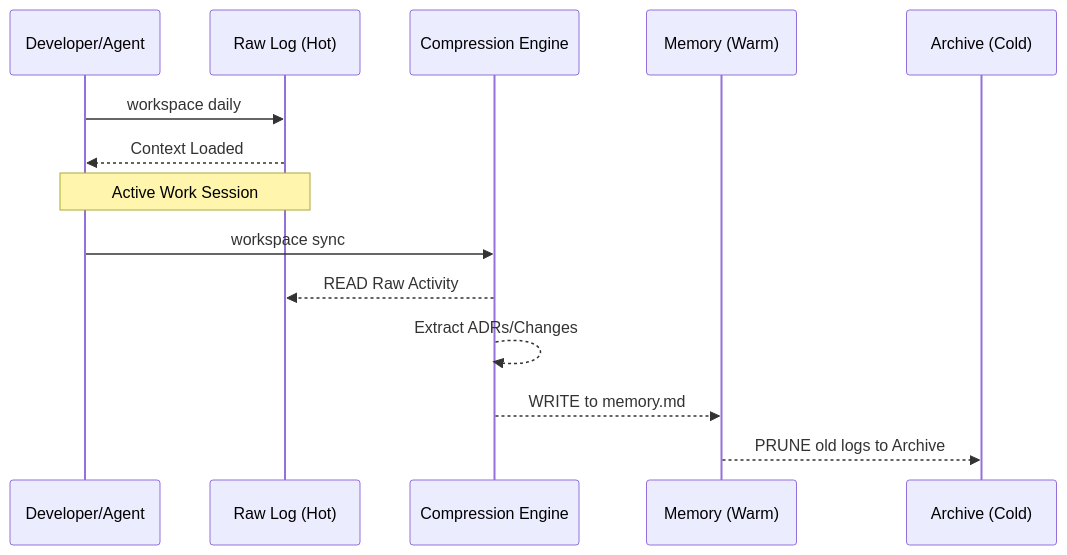
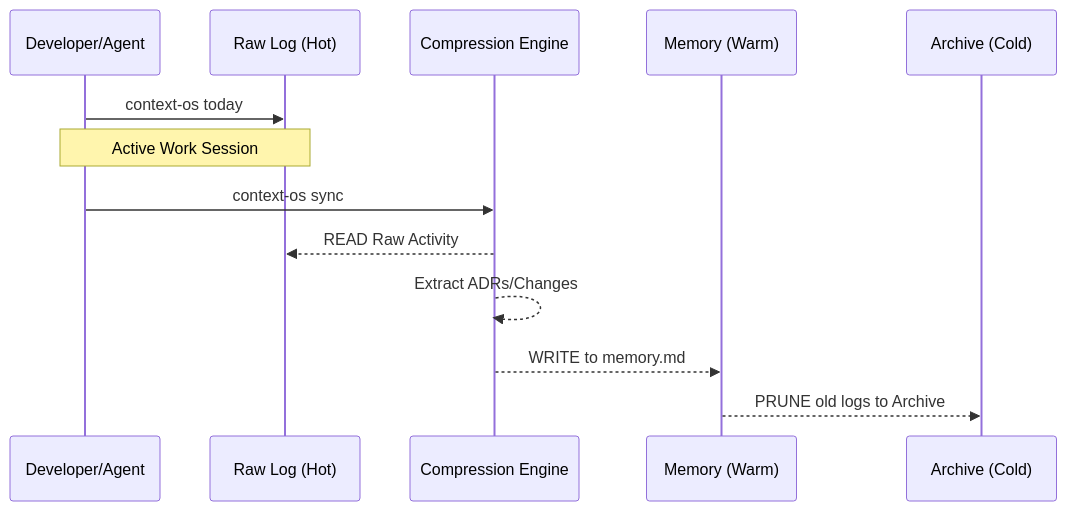
One commit to sairam0424/ContextOS changed the second of 2 diagrams in docs/architecture.md. Above: the diagram before and after it, drawn with Mermaid. The commit also changed other lines of this file and 8 other files, not shown here.

````diff
--- a/docs/architecture.md
+++ b/docs/architecture.md
@@ -58,18 +62,17 @@
 ```mermaid
 sequenceDiagram
     participant D as Developer/Agent
     participant L as Raw Log (Hot)
     participant C as Compression Engine
     participant M as Memory (Warm)
     participant A as Archive (Cold)
 
-    D->>L: workspace daily
-    L-->>D: Context Loaded
+    D->>L: context-os today
     Note over D,L: Active Work Session
     
-    D->>C: workspace sync
+    D->>C: context-os sync
     C-->>L: READ Raw Activity
     C-->>C: Extract ADRs/Changes
     C-->>M: WRITE to memory.md
     M-->>A: PRUNE old logs to Archive
 ```
````
